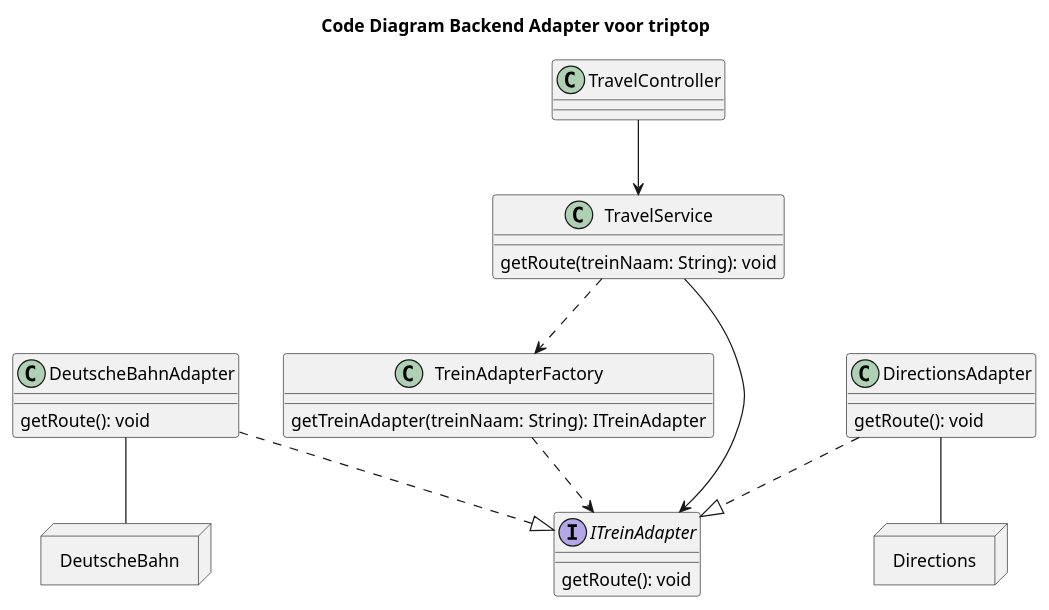
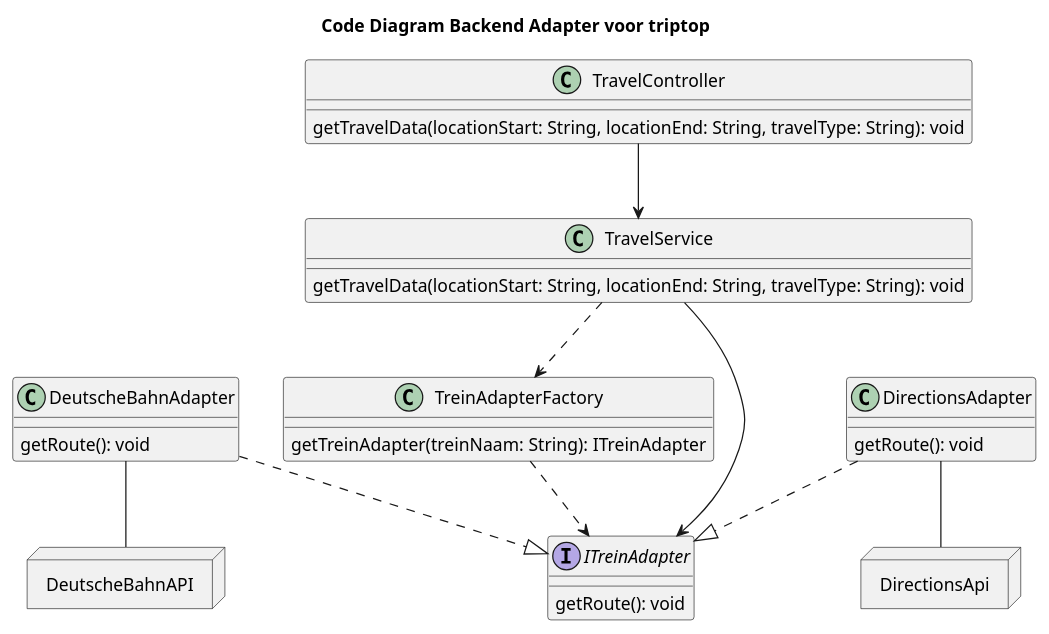
One commit to AIM-ENE-feb25/triptop-groep-tweeeeeeeeeeeeeeeeeeeeee changed the diagram in joost c4 code diagram adapter.puml. Above: the diagram before and after it, drawn with PlantUML. The commit also changed 3 other files, not shown here.

Commit message:
Aanpassing sequence en class diagram

```diff
--- a/joost c4 code diagram adapter.puml
+++ b/joost c4 code diagram adapter.puml
@@ -1,43 +1,43 @@
 @startuml
 'https://plantuml.com/class-diagram
 title Code Diagram Backend Adapter voor triptop
 
 class TravelController{
-
+    getTravelData(locationStart: String, locationEnd: String, travelType: String): void
 }
 class TravelService{
-    getRoute(treinNaam: String): void
+    getTravelData(locationStart: String, locationEnd: String, travelType: String): void
 }
 class TreinAdapterFactory
 {
     getTreinAdapter(treinNaam: String): ITreinAdapter
 }
 
 interface ITreinAdapter{
    getRoute(): void
 }
 class DirectionsAdapter{
  getRoute(): void
 }
 class DeutscheBahnAdapter{
   getRoute(): void
 }
 
 
 
 TravelController --> TravelService
 TravelService --> ITreinAdapter
 TravelService ..> TreinAdapterFactory
 DirectionsAdapter..|> ITreinAdapter
 DeutscheBahnAdapter ..|> ITreinAdapter
 TreinAdapterFactory ..> ITreinAdapter
 
-node DeutscheBahnAPI as "DeutscheBahn"{
+node DeutscheBahnAPI as "DeutscheBahnAPI"{
    }
 
-node DirectionsApi as "Directions"{
+node DirectionsApi as "DirectionsApi"{
    }
 
 DirectionsAdapter -- DirectionsApi
 DeutscheBahnAdapter -- DeutscheBahnAPI
 @enduml
```
